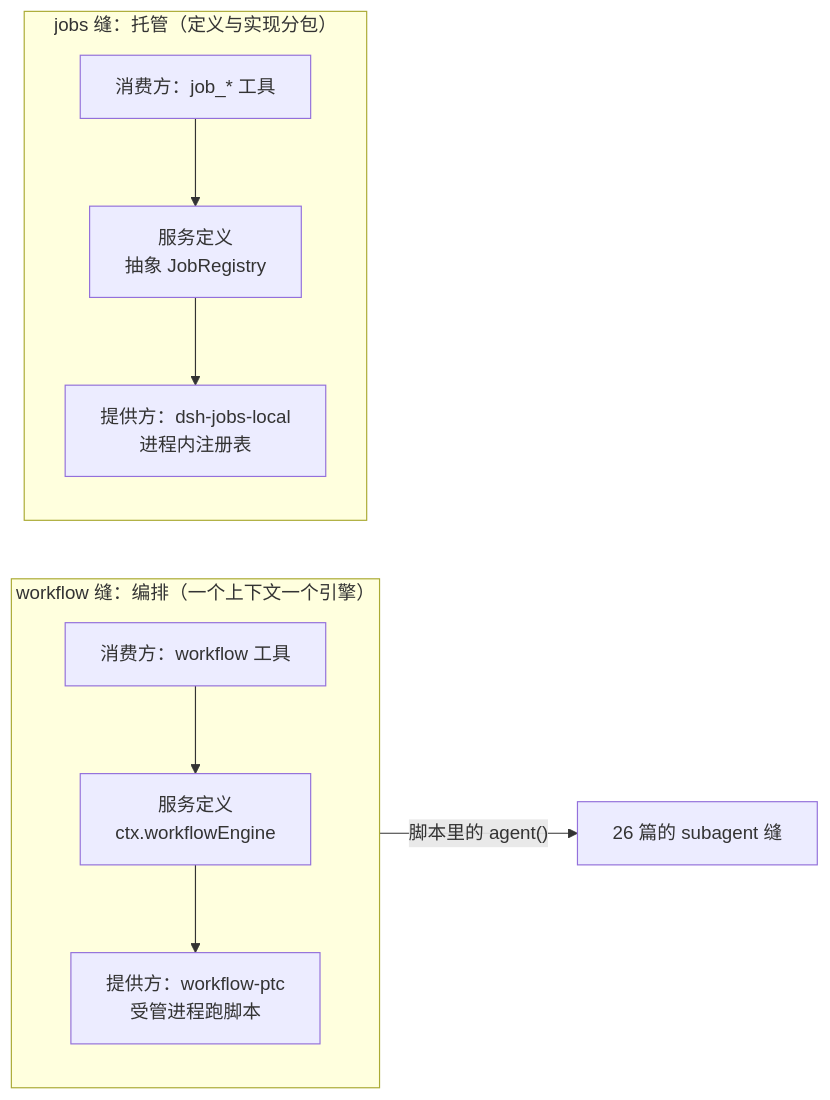
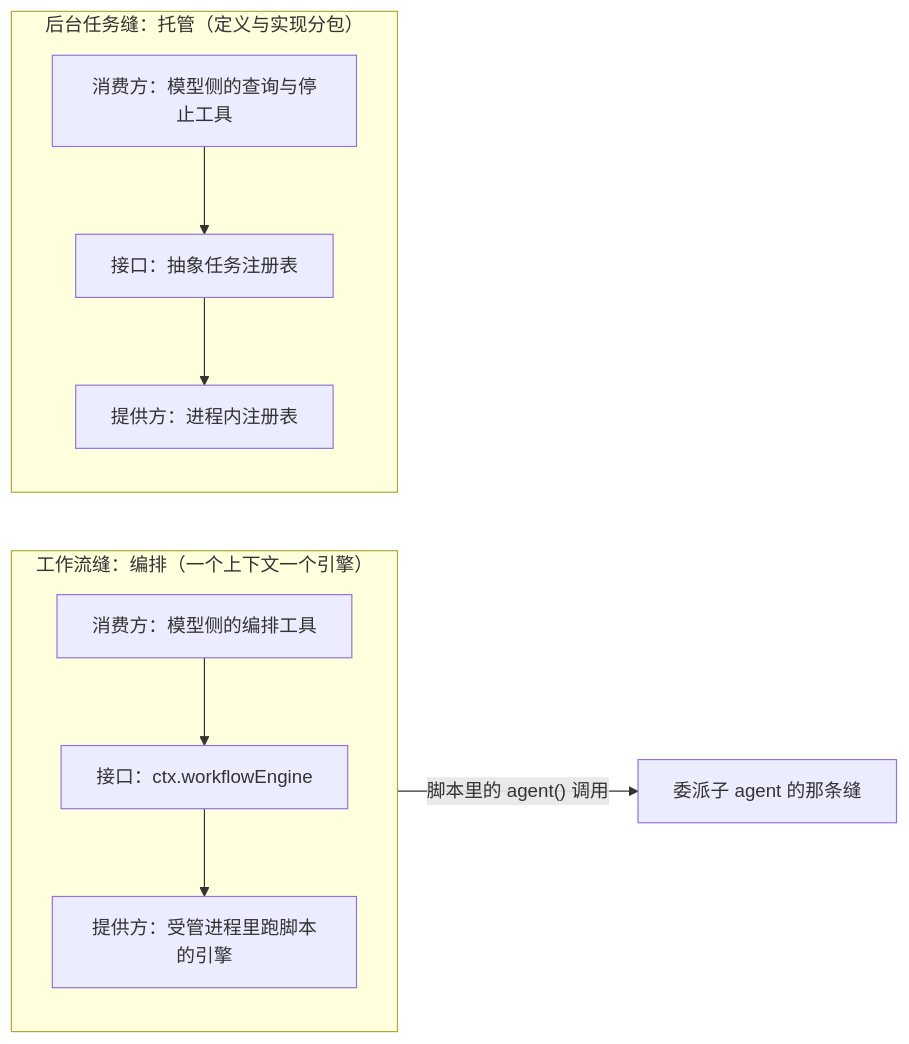
The first of 4 diagrams in dsh 插件开发学习/27-一批任务的并行编排.md (anthonyzhao-4926/blog), drawn with Mermaid before and after one commit. The commit also changed other lines of this file and 38 other files, not shown here.

````diff
--- a/dsh 插件开发学习/27-一批任务的并行编排.md
+++ b/dsh 插件开发学习/27-一批任务的并行编排.md
@@ -42,14 +42,14 @@
 ```mermaid
 flowchart LR
-    subgraph WF["workflow 缝：编排（一个上下文一个引擎）"]
+    subgraph WF["工作流缝：编排（一个上下文一个引擎）"]
         direction TB
-        WC["消费方：workflow 工具"] --> WS["服务定义<br/>ctx.workflowEngine"]
-        WS --> WP["提供方：workflow-ptc<br/>受管进程跑脚本"]
+        WC["消费方：模型侧的编排工具"] --> WS["接口：ctx.workflowEngine"]
+        WS --> WP["提供方：受管进程里跑脚本的引擎"]
     end
-    subgraph JB["jobs 缝：托管（定义与实现分包）"]
+    subgraph JB["后台任务缝：托管（定义与实现分包）"]
         direction TB
-        JC["消费方：job_* 工具"] --> JS["服务定义<br/>抽象 JobRegistry"]
-        JS --> JP["提供方：dsh-jobs-local<br/>进程内注册表"]
+        JC["消费方：模型侧的查询与停止工具"] --> JS["接口：抽象任务注册表"]
+        JS --> JP["提供方：进程内注册表"]
     end
-    WC -->|"脚本里的 agent()"| SB["26 篇的 subagent 缝"]
+    WC -->|"脚本里的 agent() 调用"| SB["委派子 agent 的那条缝"]
 ```
````
